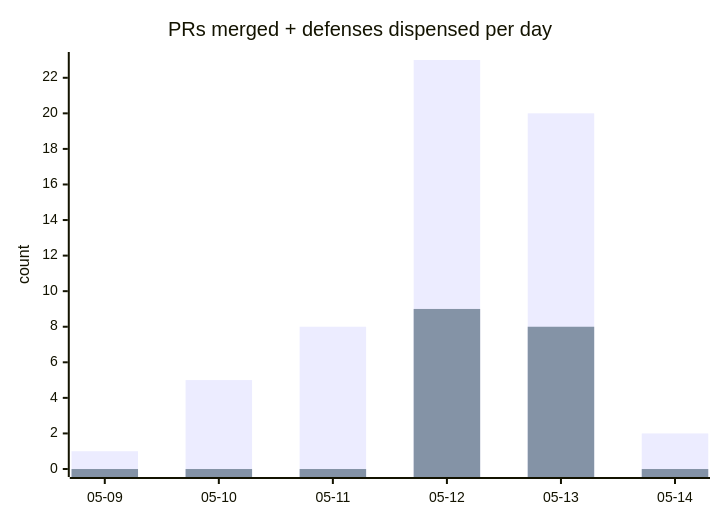
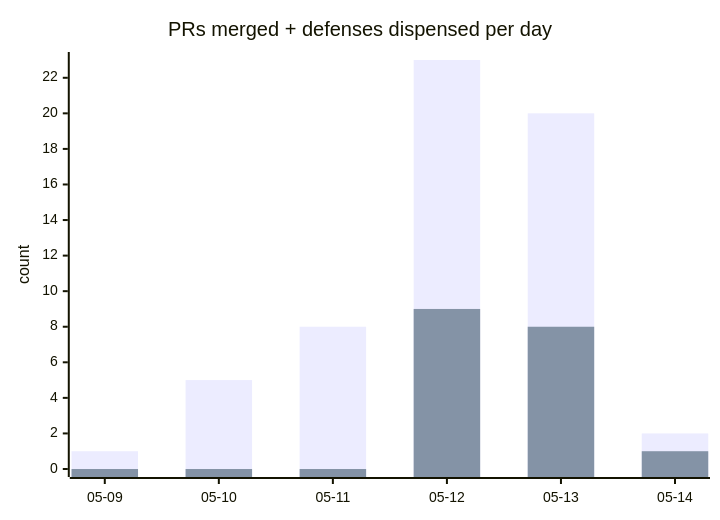
One commit to kimjune01/kimjune01 changed the second of 3 diagrams in README.md. Above: the diagram before and after it, drawn with Mermaid. The commit also changed other lines of this file, not shown here.

````diff
--- a/README.md
+++ b/README.md
@@ -17,8 +17,8 @@
 ```mermaid
 xychart-beta
     title "PRs merged + defenses dispensed per day"
     x-axis ["05-09", "05-10", "05-11", "05-12", "05-13", "05-14"]
     y-axis "count"
     bar [1, 5, 8, 23, 20, 2]
-    bar [0, 0, 0, 9, 8, 0]
+    bar [0, 0, 0, 9, 8, 1]
 ```
````
